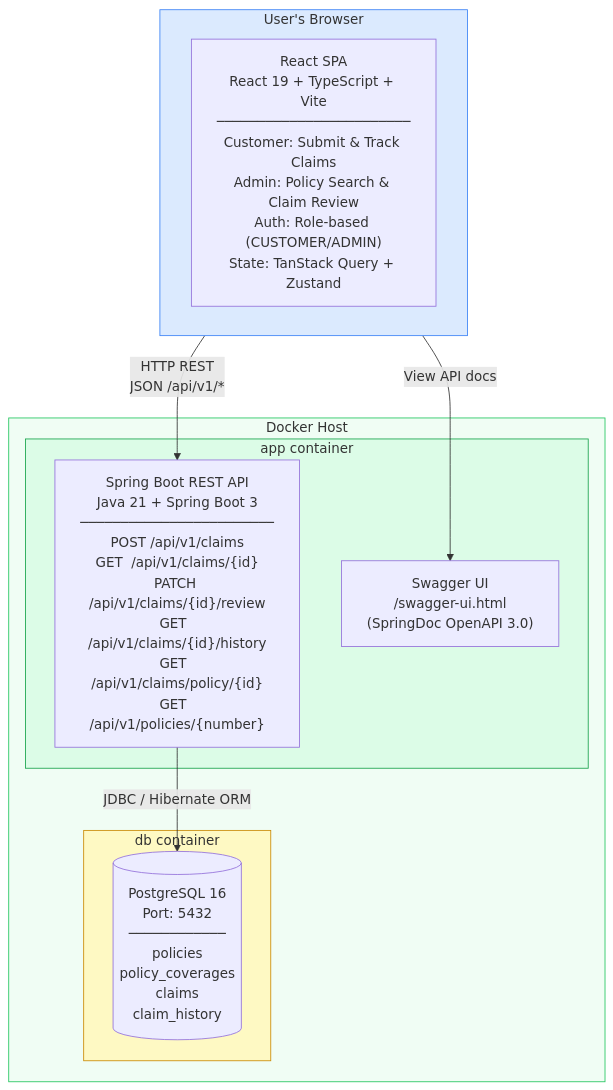
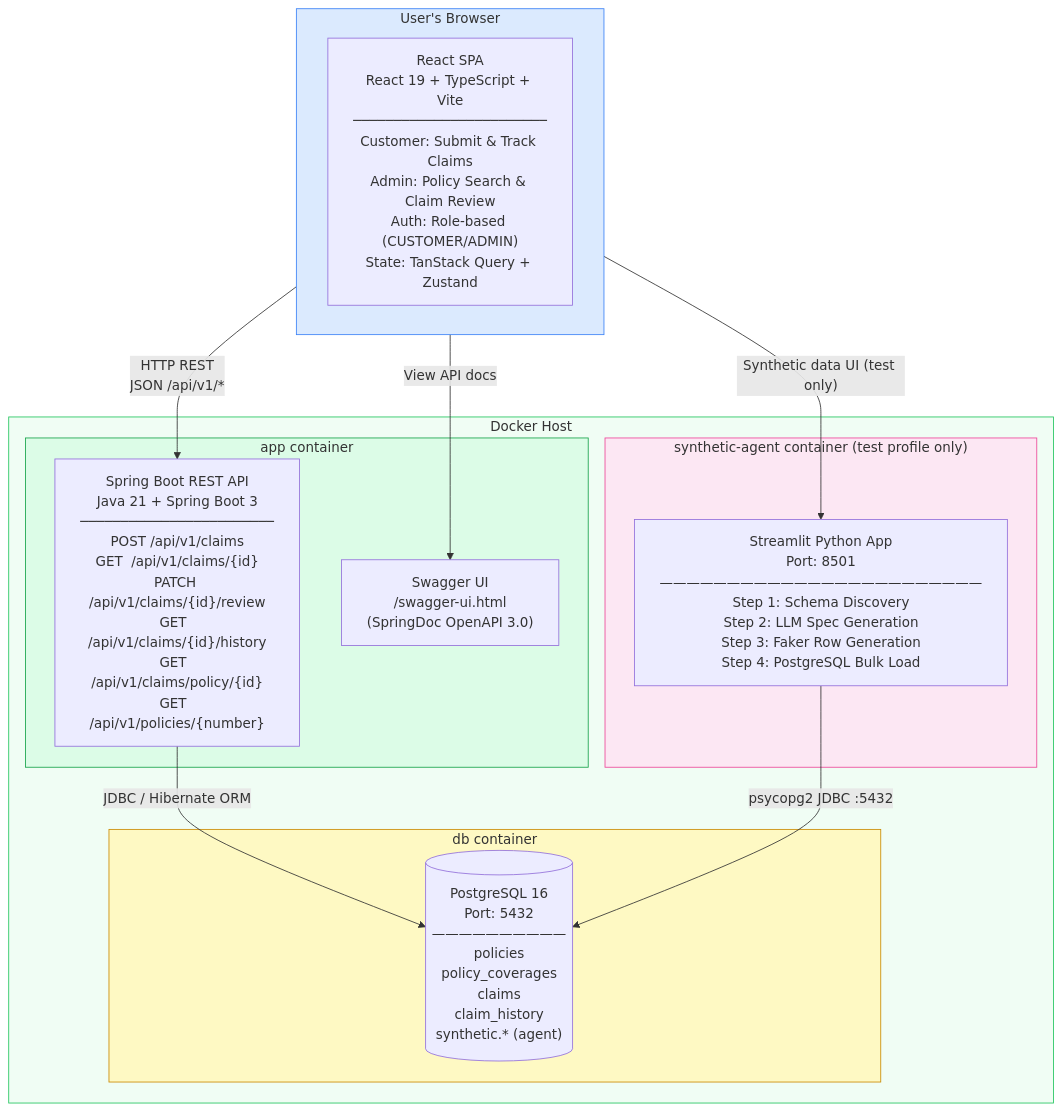
The second of 10 diagrams in docs/architecture/01-architecture-diagram.md (kv-sub/Random-ui), drawn with Mermaid before and after one commit. The commit also changed other lines of this file and 16 other files, not shown here.

Commit message:
Commit for synthetic agent integration

````diff
--- a/docs/architecture/01-architecture-diagram.md
+++ b/docs/architecture/01-architecture-diagram.md
@@ -52,25 +53,31 @@
 ```mermaid
 graph TB
     subgraph Browser["User's Browser"]
         SPA["React SPA\nReact 19 + TypeScript + Vite\n────────────────────────\nCustomer: Submit & Track Claims\nAdmin: Policy Search & Claim Review\nAuth: Role-based (CUSTOMER/ADMIN)\nState: TanStack Query + Zustand"]
     end
 
     subgraph DockerHost["Docker Host"]
         subgraph AppContainer["app container"]
             API["Spring Boot REST API\nJava 21 + Spring Boot 3\n────────────────────────\nPOST /api/v1/claims\nGET  /api/v1/claims/{id}\nPATCH /api/v1/claims/{id}/review\nGET  /api/v1/claims/{id}/history\nGET  /api/v1/claims/policy/{id}\nGET  /api/v1/policies/{number}"]
             SWAGGER["Swagger UI\n/swagger-ui.html\n(SpringDoc OpenAPI 3.0)"]
         end
         subgraph DBContainer["db container"]
-            PG[("PostgreSQL 16\nPort: 5432\n────────────\npolicies\npolicy_coverages\nclaims\nclaim_history")]
+            PG[("PostgreSQL 16\nPort: 5432\n——————————\npolicies\npolicy_coverages\nclaims\nclaim_history\nsynthetic.* (agent)")]
+        end
+        subgraph AgentContainer["synthetic-agent container (test profile only)"]
+            SA["Streamlit Python App\nPort: 8501\n————————————————————————\nStep 1: Schema Discovery\nStep 2: LLM Spec Generation\nStep 3: Faker Row Generation\nStep 4: PostgreSQL Bulk Load"]
         end
     end
 
     Browser -->|"HTTP REST\nJSON /api/v1/*"| API
     Browser -->|"View API docs"| SWAGGER
+    Browser -->|"Synthetic data UI (test only)"| SA
     API -->|"JDBC / Hibernate ORM"| PG
+    SA -->|"psycopg2 JDBC :5432"| PG
 
     style Browser fill:#dbeafe,stroke:#3b82f6
     style DockerHost fill:#f0fdf4,stroke:#22c55e
     style AppContainer fill:#dcfce7,stroke:#16a34a
     style DBContainer fill:#fef9c3,stroke:#ca8a04
+    style AgentContainer fill:#fce7f3,stroke:#ec4899
 ```
````
